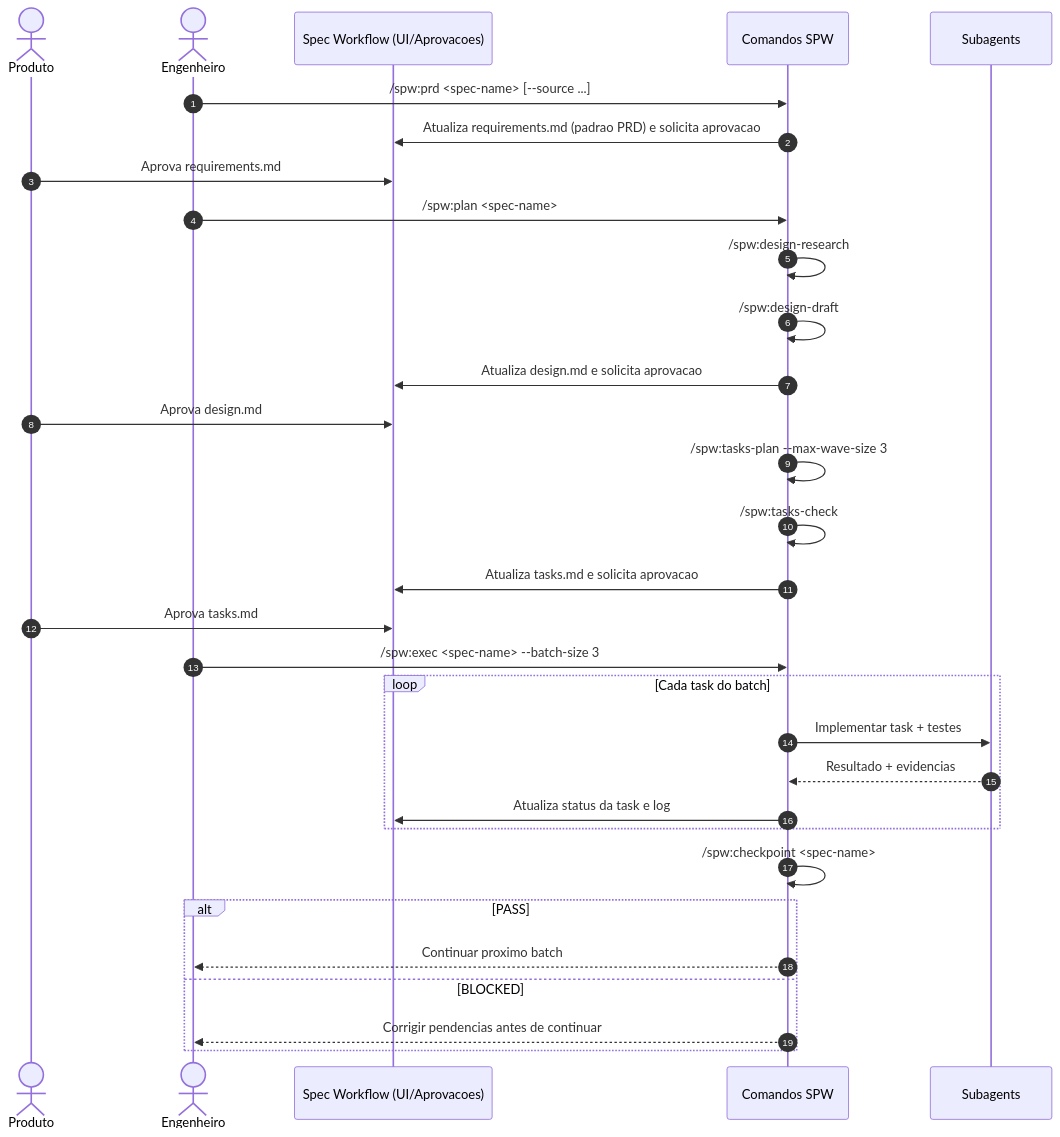
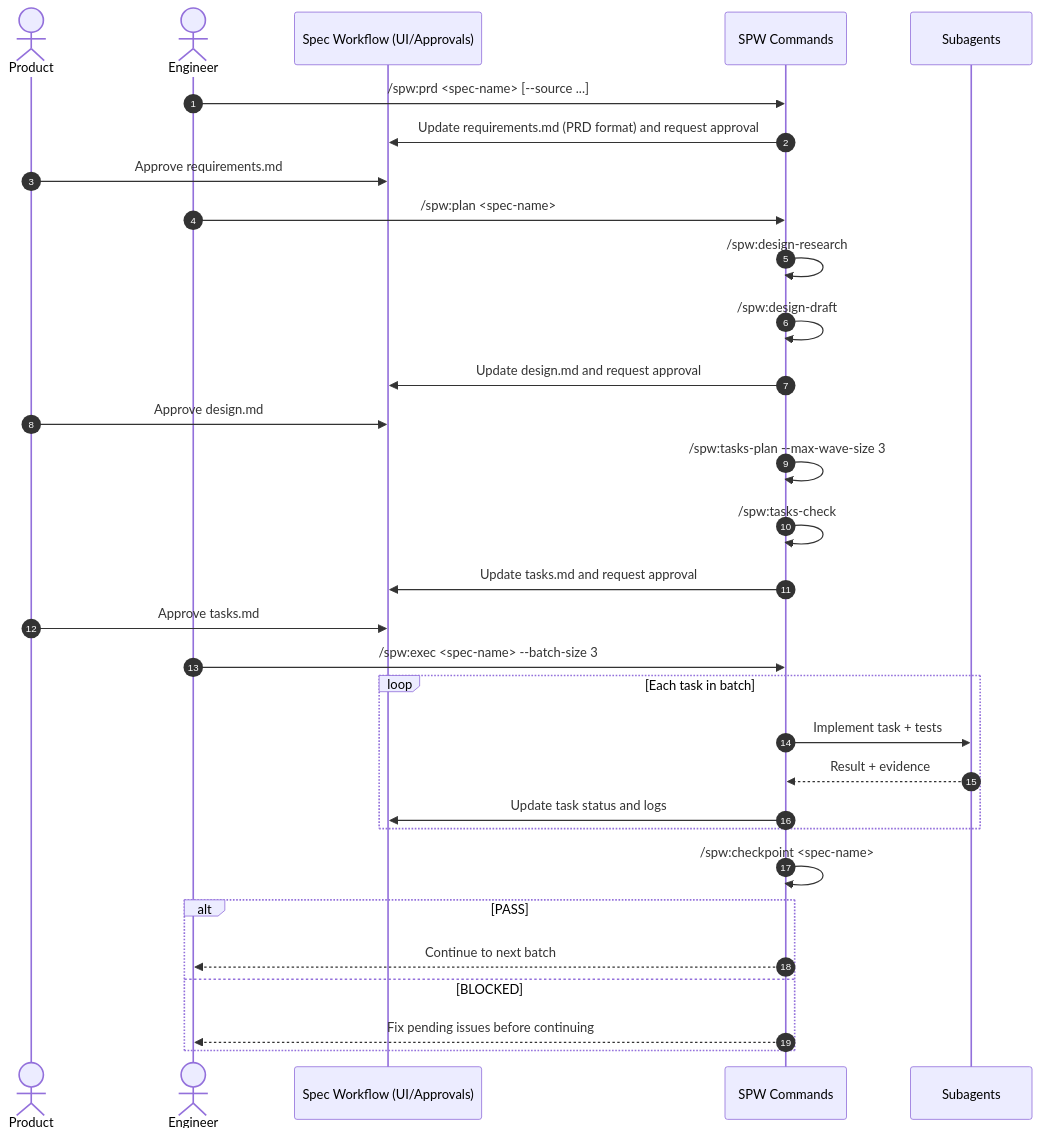
The diagram in docs/SPW-WORKFLOW.md (lucas-stellet/spw), drawn with Mermaid before and after one commit. The commit also changed other lines of this file and 35 other files, not shown here.

````diff
--- a/docs/SPW-WORKFLOW.md
+++ b/docs/SPW-WORKFLOW.md
@@ -95,36 +95,36 @@
 ```mermaid
 sequenceDiagram
     autonumber
-    actor P as Produto
-    actor E as Engenheiro
-    participant SW as Spec Workflow (UI/Aprovacoes)
-    participant C as Comandos SPW
+    actor P as Product
+    actor E as Engineer
+    participant SW as Spec Workflow (UI/Approvals)
+    participant C as SPW Commands
     participant SA as Subagents
 
     E->>C: /spw:prd <spec-name> [--source ...]
-    C->>SW: Atualiza requirements.md (padrao PRD) e solicita aprovacao
-    P->>SW: Aprova requirements.md
+    C->>SW: Update requirements.md (PRD format) and request approval
+    P->>SW: Approve requirements.md
     E->>C: /spw:plan <spec-name>
     C->>C: /spw:design-research
     C->>C: /spw:design-draft
-    C->>SW: Atualiza design.md e solicita aprovacao
-    P->>SW: Aprova design.md
+    C->>SW: Update design.md and request approval
+    P->>SW: Approve design.md
     C->>C: /spw:tasks-plan --max-wave-size 3
     C->>C: /spw:tasks-check
-    C->>SW: Atualiza tasks.md e solicita aprovacao
-    P->>SW: Aprova tasks.md
+    C->>SW: Update tasks.md and request approval
+    P->>SW: Approve tasks.md
 
     E->>C: /spw:exec <spec-name> --batch-size 3
-    loop Cada task do batch
-        C->>SA: Implementar task + testes
-        SA-->>C: Resultado + evidencias
-        C->>SW: Atualiza status da task e log
+    loop Each task in batch
+        C->>SA: Implement task + tests
+        SA-->>C: Result + evidence
+        C->>SW: Update task status and logs
     end
 
     C->>C: /spw:checkpoint <spec-name>
     alt PASS
-        C-->>E: Continuar proximo batch
+        C-->>E: Continue to next batch
     else BLOCKED
-        C-->>E: Corrigir pendencias antes de continuar
+        C-->>E: Fix pending issues before continuing
     end
 ```
````
